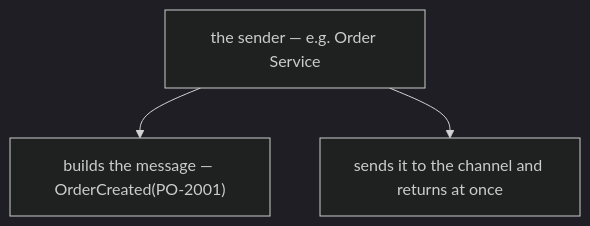
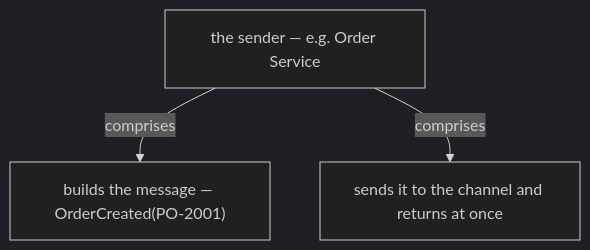
The fifth of 13 diagrams in docs/ch05-messaging.md (vinayakuber/microservices-io-study-guide), drawn with Mermaid (dark theme) before and after one commit. The commit also changed other lines of this file and 71 other files, not shown here.

First line of the commit message:
R18: label every diagram arrow with its meaning

````diff
--- a/docs/ch05-messaging.md
+++ b/docs/ch05-messaging.md
@@ -234,6 +234,6 @@
 ```mermaid
 flowchart TD
   R["the sender — e.g. Order Service"]
-  R --> P0["builds the message — OrderCreated(PO-2001)"]
-  R --> P1["sends it to the channel and returns at once"]
+  R -->|"comprises"| P0["builds the message — OrderCreated(PO-2001)"]
+  R -->|"comprises"| P1["sends it to the channel and returns at once"]
 ```
````
